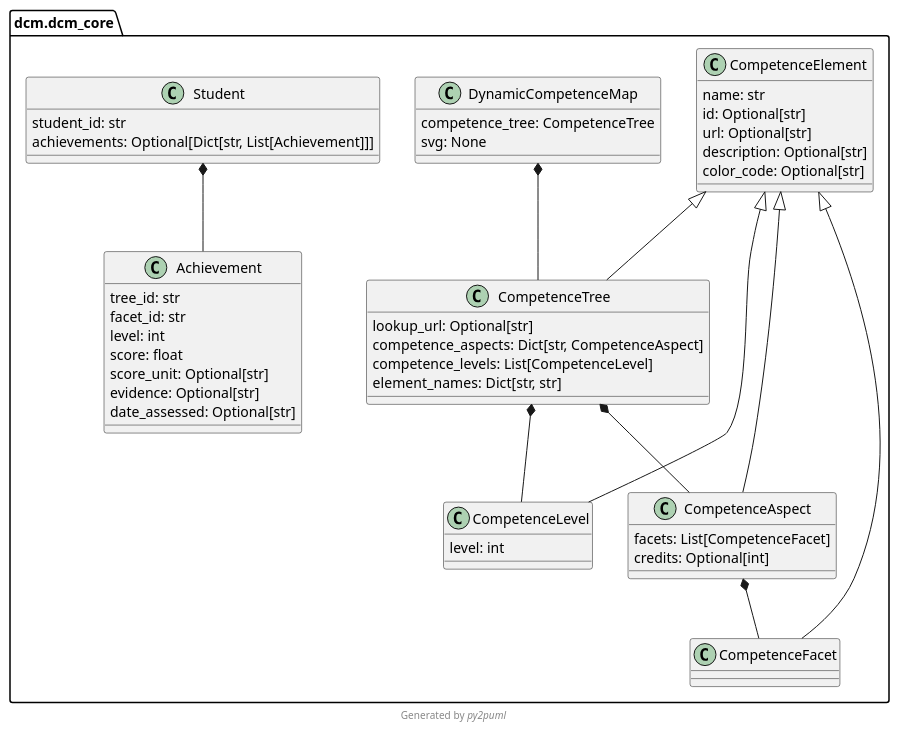
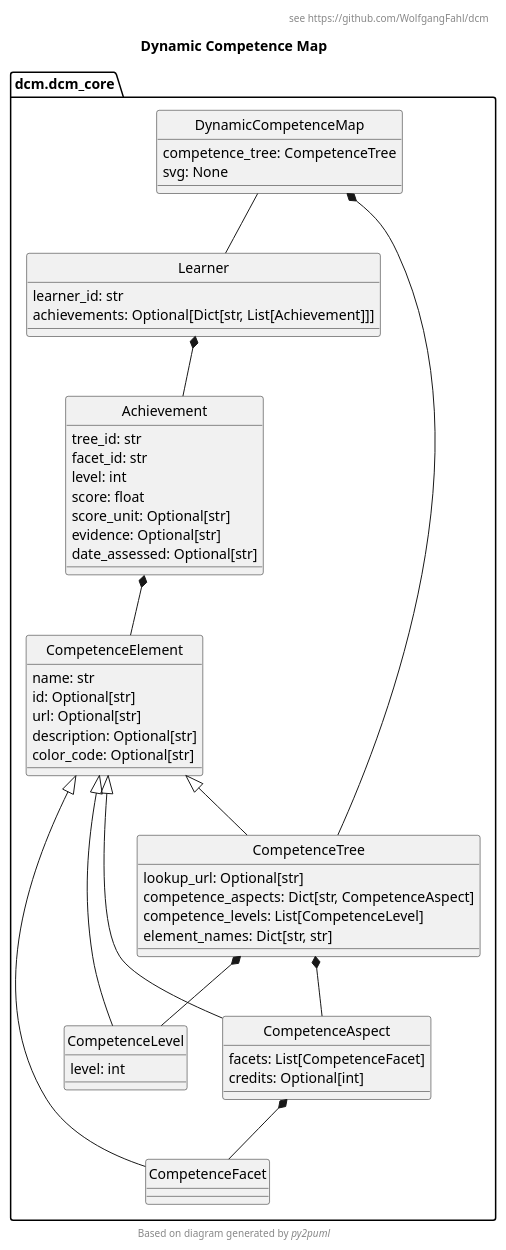
The diagram in dcm.puml (WolfgangFahl/dcm), drawn with PlantUML before and after one commit. The commit also changed 3 other files, not shown here.

Commit message:
updates model and renames Student to Learner

```diff
--- a/dcm.puml
+++ b/dcm.puml
@@ -1,57 +1,61 @@
 @startuml
+hide circle
+title Dynamic Competence Map
+header see https://github.com/WolfgangFahl/dcm
 !pragma useIntermediatePackages false
 
 
 class dcm.dcm_core.DynamicCompetenceMap {
   competence_tree: CompetenceTree
   svg: None
 }
 class dcm.dcm_core.Achievement {
   tree_id: str
   facet_id: str
   level: int
   score: float
   score_unit: Optional[str]
   evidence: Optional[str]
   date_assessed: Optional[str]
 }
 class dcm.dcm_core.CompetenceAspect {
   facets: List[CompetenceFacet]
   credits: Optional[int]
 }
 class dcm.dcm_core.CompetenceElement {
   name: str
   id: Optional[str]
   url: Optional[str]
   description: Optional[str]
   color_code: Optional[str]
 }
 class dcm.dcm_core.CompetenceFacet {
 }
 class dcm.dcm_core.CompetenceLevel {
   level: int
 }
 class dcm.dcm_core.CompetenceTree {
   lookup_url: Optional[str]
   competence_aspects: Dict[str, CompetenceAspect]
   competence_levels: List[CompetenceLevel]
   element_names: Dict[str, str]
 }
 
-class dcm.dcm_core.Student {
-  student_id: str
+class dcm.dcm_core.Learner {
+  learner_id: str
   achievements: Optional[Dict[str, List[Achievement]]]
 }
 
 dcm.dcm_core.DynamicCompetenceMap *-- dcm.dcm_core.CompetenceTree
+dcm.dcm_core.DynamicCompetenceMap -- dcm.dcm_core.Learner
 dcm.dcm_core.CompetenceAspect *-- dcm.dcm_core.CompetenceFacet
 dcm.dcm_core.CompetenceElement <|-- dcm.dcm_core.CompetenceAspect
 dcm.dcm_core.CompetenceElement <|-- dcm.dcm_core.CompetenceFacet
 dcm.dcm_core.CompetenceElement <|-- dcm.dcm_core.CompetenceLevel
 dcm.dcm_core.CompetenceTree *-- dcm.dcm_core.CompetenceAspect
 dcm.dcm_core.CompetenceTree *-- dcm.dcm_core.CompetenceLevel
 dcm.dcm_core.CompetenceElement <|-- dcm.dcm_core.CompetenceTree
-dcm.dcm_core.Student *-- dcm.dcm_core.Achievement
-
-footer Generated by //py2puml//
+dcm.dcm_core.Learner *-- dcm.dcm_core.Achievement
+dcm.dcm_core.Achievement *-- dcm.dcm_core.CompetenceElement
+footer Based on diagram generated by //py2puml//
 @enduml
```
